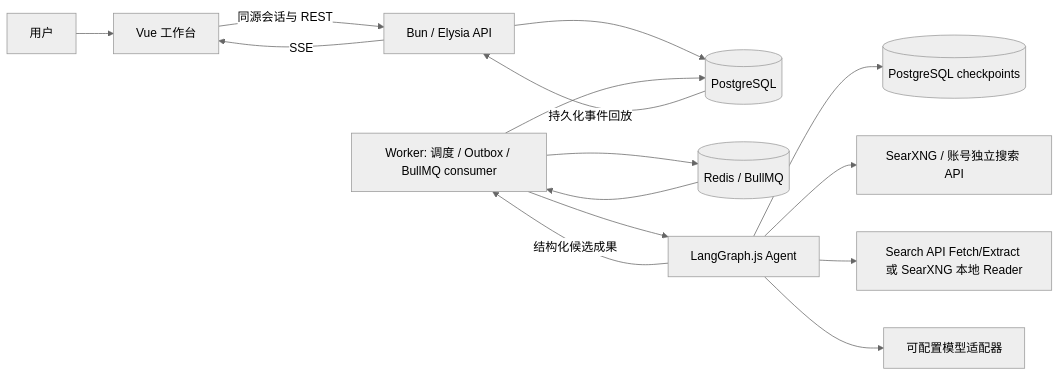
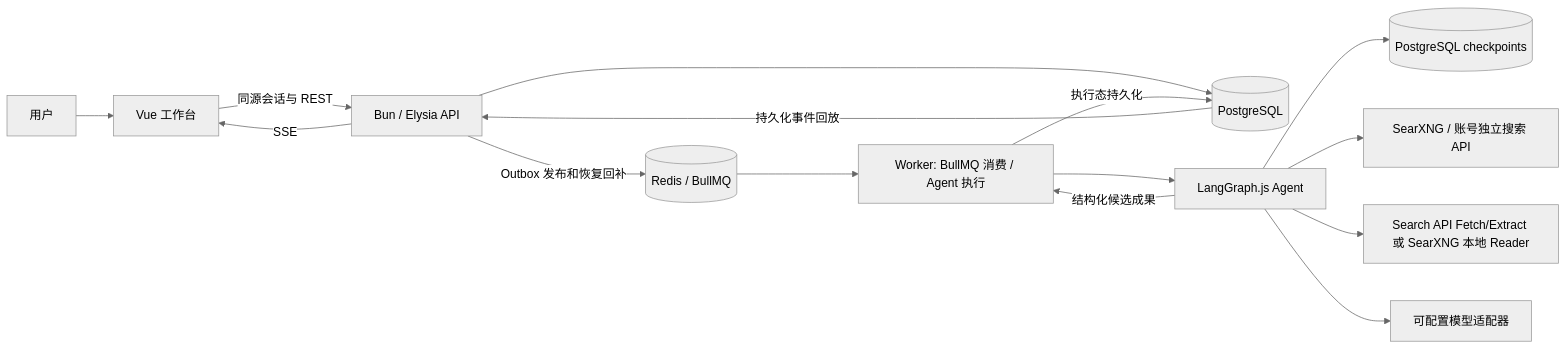
One commit to abcde1239/scova changed the first of 3 diagrams in docs/public/reference/architecture.md. Above: the diagram before and after it, drawn with Mermaid (neutral theme). The commit also changed other lines of this file and 600 other files, not shown here.

````diff
--- a/docs/public/reference/architecture.md
+++ b/docs/public/reference/architecture.md
@@ -11,17 +11,17 @@
 ```mermaid
 flowchart LR
   User[用户] --> Web[Vue 工作台]
   Web -->|同源会话与 REST| API[Bun / Elysia API]
   API --> PG[(PostgreSQL)]
   PG -->|持久化事件回放| API
   API -->|SSE| Web
-  Worker[Worker: 调度 / Outbox / BullMQ consumer] --> PG
-  Worker --> Queue[(Redis / BullMQ)]
-  Queue --> Worker
+  API -->|Outbox 发布和恢复回补| Queue[(Redis / BullMQ)]
+  Queue --> Worker[Worker: BullMQ 消费 / Agent 执行]
+  Worker -->|执行态持久化| PG
   Worker --> Graph[LangGraph.js Agent]
   Graph --> CP[(PostgreSQL checkpoints)]
   Graph --> Search[SearXNG / 账号独立搜索 API]
   Graph --> Reader[Search API Fetch/Extract 或 SearXNG 本地 Reader]
   Graph --> Model[可配置模型适配器]
   Graph -->|结构化候选成果| Worker
 ```
````
